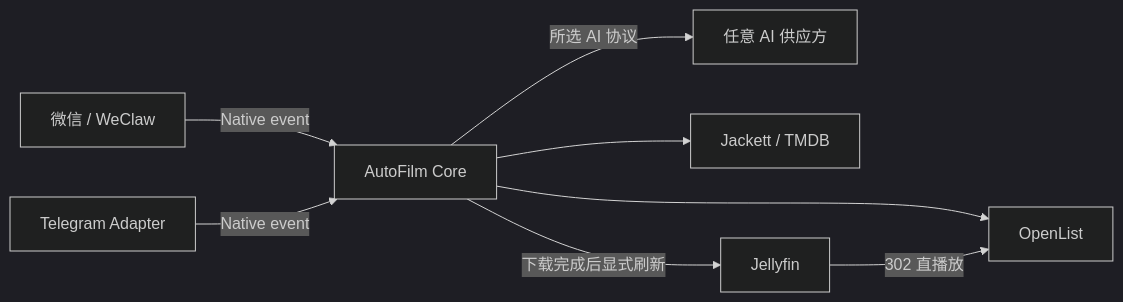
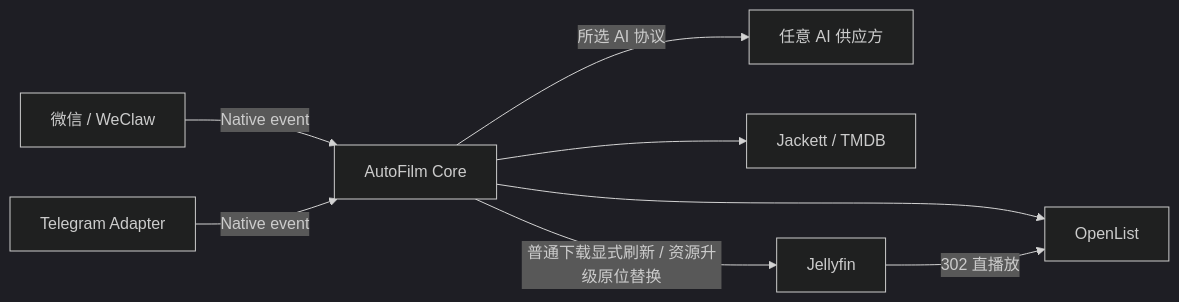
The diagram in README.md (ahaduoduoduo/autofilm-core), drawn with Mermaid (dark theme) before and after one commit. The commit also changed other lines of this file and 26 other files, not shown here.

````diff
--- a/README.md
+++ b/README.md
@@ -73,10 +77,10 @@
 ```mermaid
 flowchart LR
     W[微信 / WeClaw] -->|Native event| C[AutoFilm Core]
     T[Telegram Adapter] -->|Native event| C
     C -->|所选 AI 协议| P[任意 AI 供应方]
     C --> J[Jackett / TMDB]
     C --> O[OpenList]
-    C -->|下载完成后显式刷新| F[Jellyfin]
+    C -->|普通下载显式刷新 / 资源升级原位替换| F[Jellyfin]
     F -->|302 直播放| O
 ```
````
